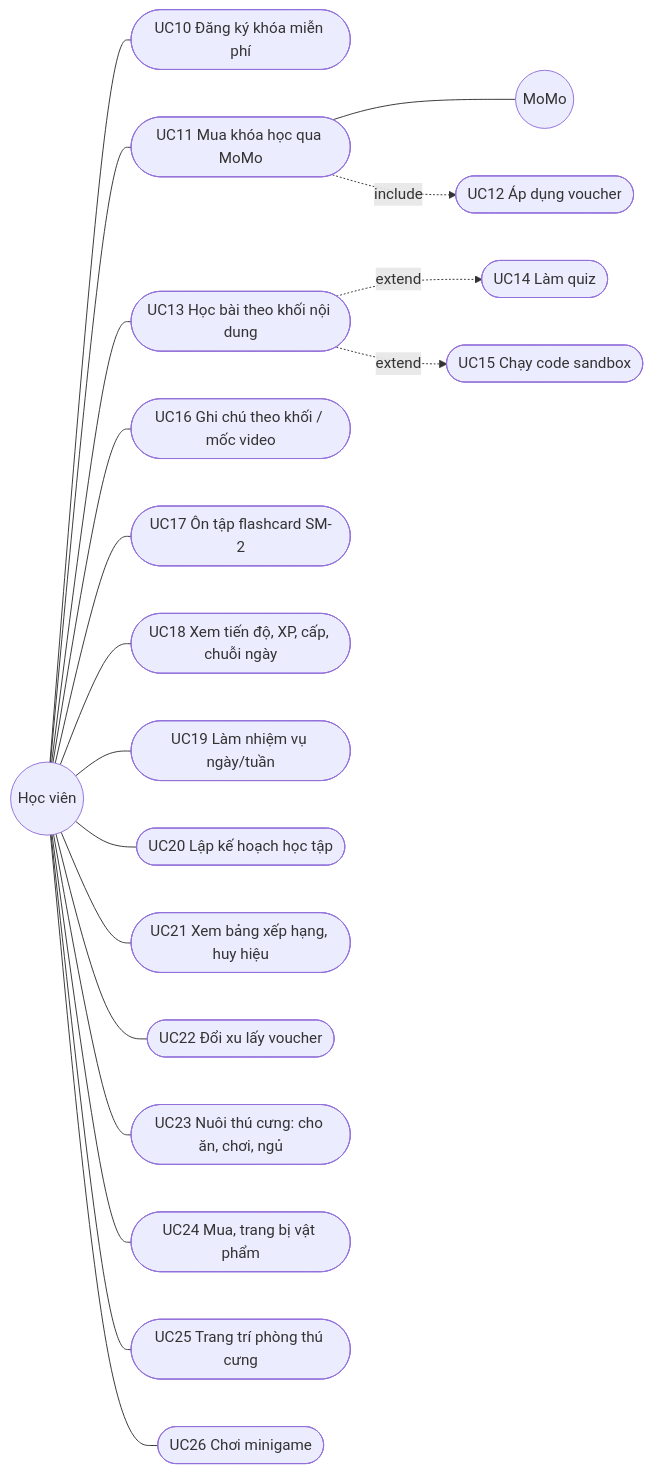
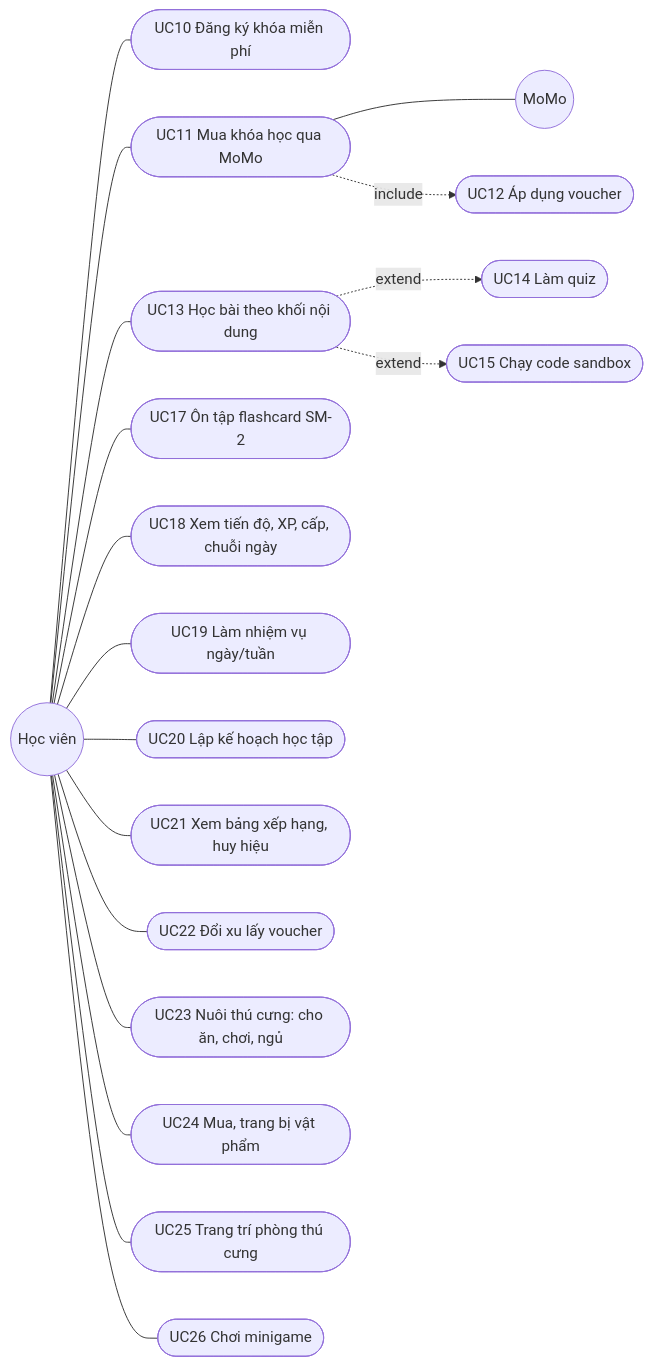
The second of 9 diagrams in docs/thiet-ke.md (Thang2509/DACN), drawn with Mermaid before and after one commit. The commit also changed other lines of this file and 57 other files, not shown here.

First line of the commit message:
Đợt 2: bài học kiểu Sydexa, video mở đầu, bảng dữ liệu SQL, bỏ ghi chú

````diff
--- a/docs/thiet-ke.md
+++ b/docs/thiet-ke.md
@@ -39,23 +39,22 @@
 ```mermaid
 flowchart LR
   HV((Học viên))
   MM((MoMo))
   HV --- UC10([UC10 Đăng ký khóa miễn phí])
   HV --- UC11([UC11 Mua khóa học qua MoMo])
   UC11 --- MM
   UC11 -. include .-> UC12([UC12 Áp dụng voucher])
   HV --- UC13([UC13 Học bài theo khối nội dung])
   UC13 -. extend .-> UC14([UC14 Làm quiz])
   UC13 -. extend .-> UC15([UC15 Chạy code sandbox])
-  HV --- UC16([UC16 Ghi chú theo khối / mốc video])
   HV --- UC17([UC17 Ôn tập flashcard SM-2])
   HV --- UC18([UC18 Xem tiến độ, XP, cấp, chuỗi ngày])
   HV --- UC19([UC19 Làm nhiệm vụ ngày/tuần])
   HV --- UC20([UC20 Lập kế hoạch học tập])
   HV --- UC21([UC21 Xem bảng xếp hạng, huy hiệu])
   HV --- UC22([UC22 Đổi xu lấy voucher])
   HV --- UC23([UC23 Nuôi thú cưng: cho ăn, chơi, ngủ])
   HV --- UC24([UC24 Mua, trang bị vật phẩm])
   HV --- UC25([UC25 Trang trí phòng thú cưng])
   HV --- UC26([UC26 Chơi minigame])
 ```
````
